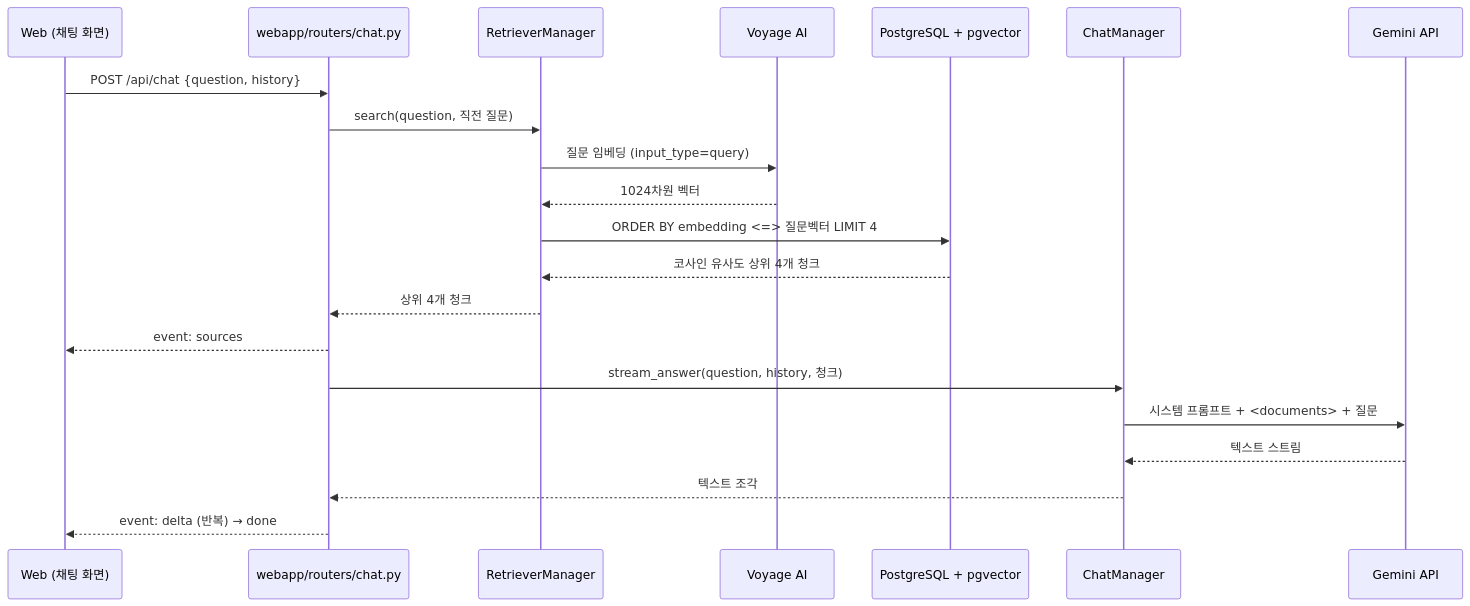
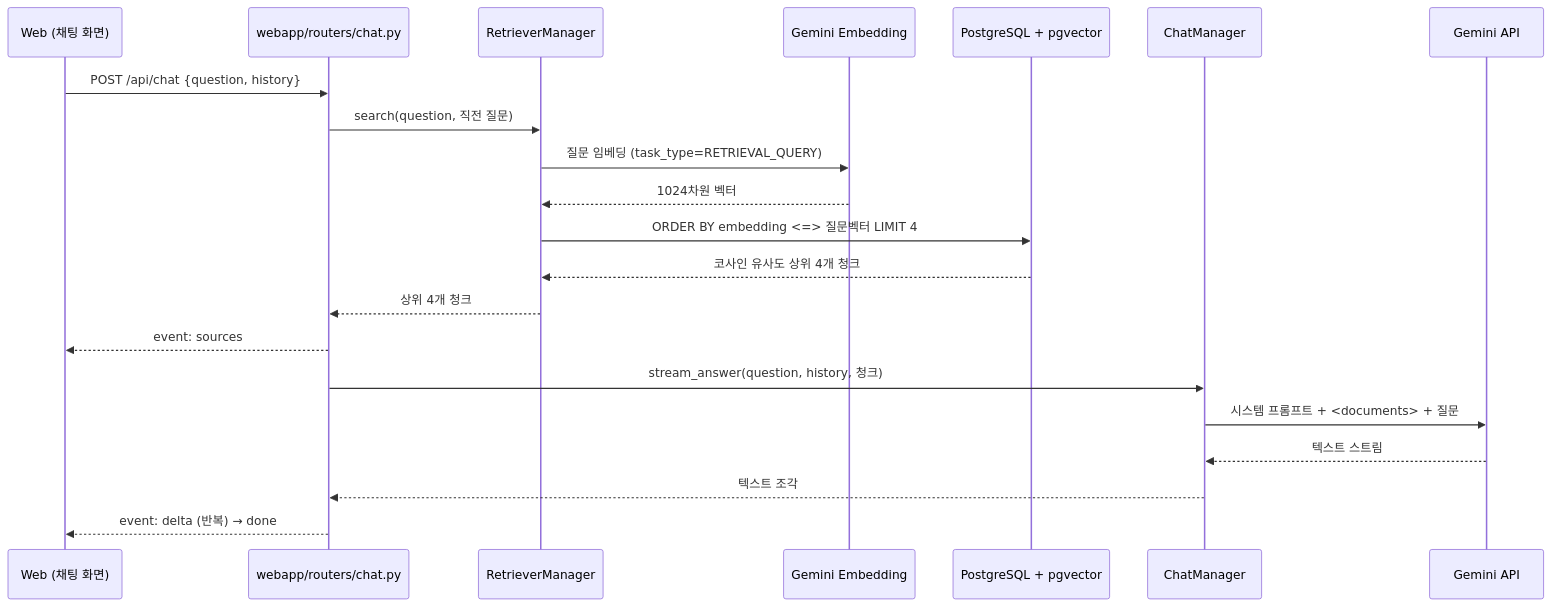
Before and after one commit to hseungjae/RAG-based-Portfolio: the diagram in docs/architecture.md, drawn with Mermaid. The commit also changed other lines of this file and 12 other files, not shown here.

````diff
--- a/docs/architecture.md
+++ b/docs/architecture.md
@@ -5,24 +5,24 @@
 ```mermaid
 sequenceDiagram
     participant Web as Web (채팅 화면)
     participant Router as webapp/routers/chat.py
     participant Retriever as RetrieverManager
-    participant Voyage as Voyage AI
+    participant Embed as Gemini Embedding
     participant DB as PostgreSQL + pgvector
     participant Chat as ChatManager
     participant Gemini as Gemini API
 
     Web->>Router: POST /api/chat {question, history}
     Router->>Retriever: search(question, 직전 질문)
-    Retriever->>Voyage: 질문 임베딩 (input_type=query)
-    Voyage-->>Retriever: 1024차원 벡터
+    Retriever->>Embed: 질문 임베딩 (task_type=RETRIEVAL_QUERY)
+    Embed-->>Retriever: 1024차원 벡터
     Retriever->>DB: ORDER BY embedding <=> 질문벡터 LIMIT 4
     DB-->>Retriever: 코사인 유사도 상위 4개 청크
     Retriever-->>Router: 상위 4개 청크
     Router-->>Web: event: sources
     Router->>Chat: stream_answer(question, history, 청크)
     Chat->>Gemini: 시스템 프롬프트 + <documents> + 질문
     Gemini-->>Chat: 텍스트 스트림
     Chat-->>Router: 텍스트 조각
     Router-->>Web: event: delta (반복) → done
 ```
````
